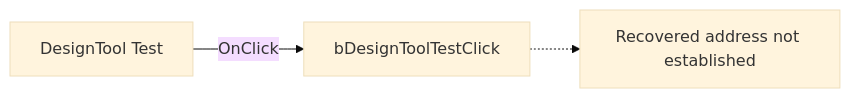
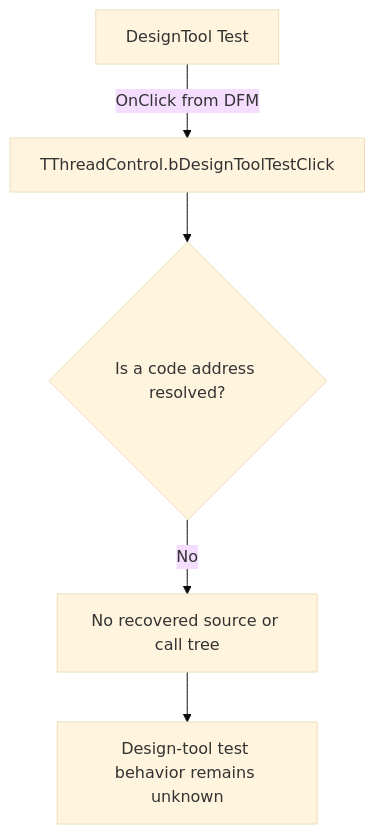
One commit to MovGP0/TIARA changed the diagram in docs/ui-controls/threadcontrol/bdesigntooltest-e34baf6e78.md. Above: the diagram before and after it, drawn with Mermaid (base theme). The commit also changed other lines of this file and 1062 other files, not shown here.

````diff
--- a/docs/ui-controls/threadcontrol/bdesigntooltest-e34baf6e78.md
+++ b/docs/ui-controls/threadcontrol/bdesigntooltest-e34baf6e78.md
@@ -27,5 +29,7 @@
 ```mermaid
-flowchart LR
-    control["DesignTool Test"] -->|OnClick| handler["bDesignToolTestClick"]
-    handler -.-> unresolved["Recovered address not established"]
+flowchart TD
+    control["DesignTool Test"] -->|OnClick from DFM| binding["TThreadControl.bDesignToolTestClick"]
+    binding --> address{"Is a code address resolved?"}
+    address -->|No| gap["No recovered source or call tree"]
+    gap --> unknown["Design-tool test behavior remains unknown"]
 ```
````
